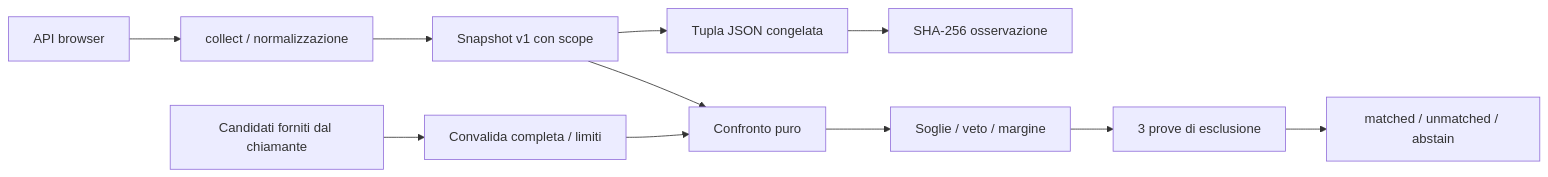
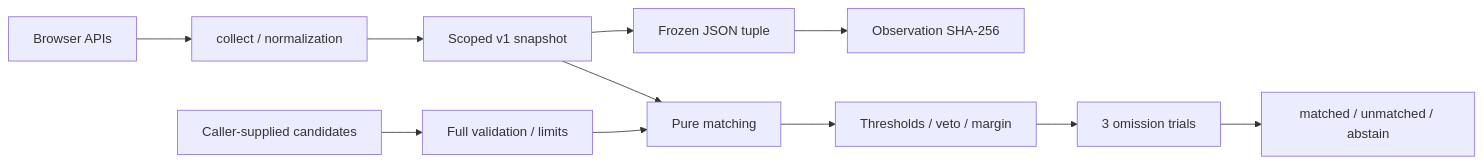
Before and after one commit to ercoledevs/fingerprint-singularity: the diagram in docs/ARCHITECTURE.md, drawn with Mermaid. The commit also changed other lines of this file and 4 other files, not shown here.

````diff
--- a/docs/ARCHITECTURE.md
+++ b/docs/ARCHITECTURE.md
@@ -3,13 +3,13 @@
 ```mermaid
 flowchart LR
-  Browser[API browser] --> Collect[collect / normalizzazione]
-  Collect --> Snapshot[Snapshot v1 con scope]
-  Snapshot --> Canonical[Tupla JSON congelata]
-  Canonical --> Digest[SHA-256 osservazione]
-  Snapshot --> Match[Confronto puro]
-  Candidates[Candidati forniti dal chiamante] --> Validate[Convalida completa / limiti]
+  Browser[Browser APIs] --> Collect[collect / normalization]
+  Collect --> Snapshot[Scoped v1 snapshot]
+  Snapshot --> Canonical[Frozen JSON tuple]
+  Canonical --> Digest[Observation SHA-256]
+  Snapshot --> Match[Pure matching]
+  Candidates[Caller-supplied candidates] --> Validate[Full validation / limits]
   Validate --> Match
-  Match --> Base[Soglie / veto / margine]
-  Base --> Omit[3 prove di esclusione]
+  Match --> Base[Thresholds / veto / margin]
+  Base --> Omit[3 omission trials]
   Omit --> Result[matched / unmatched / abstain]
 ```
````
